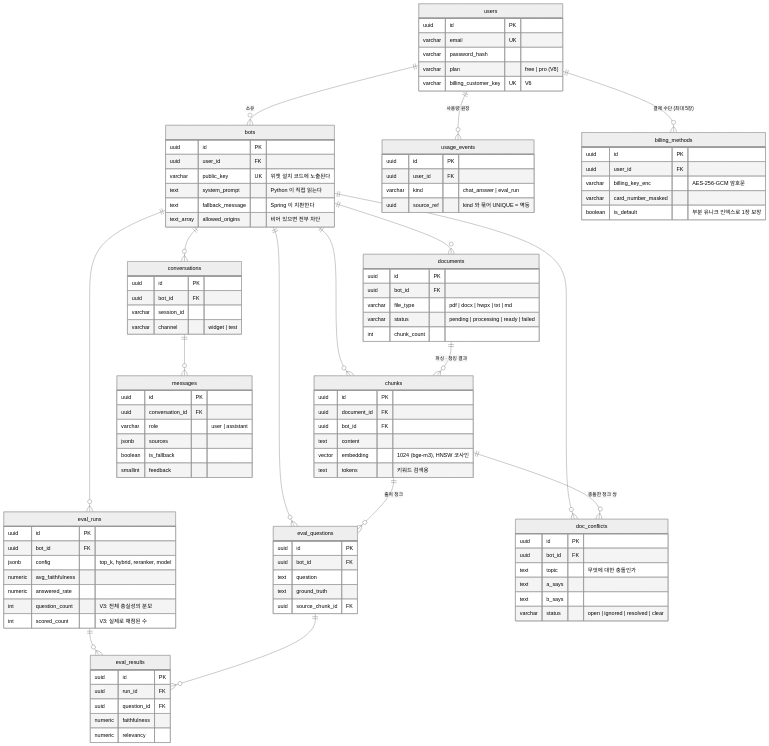
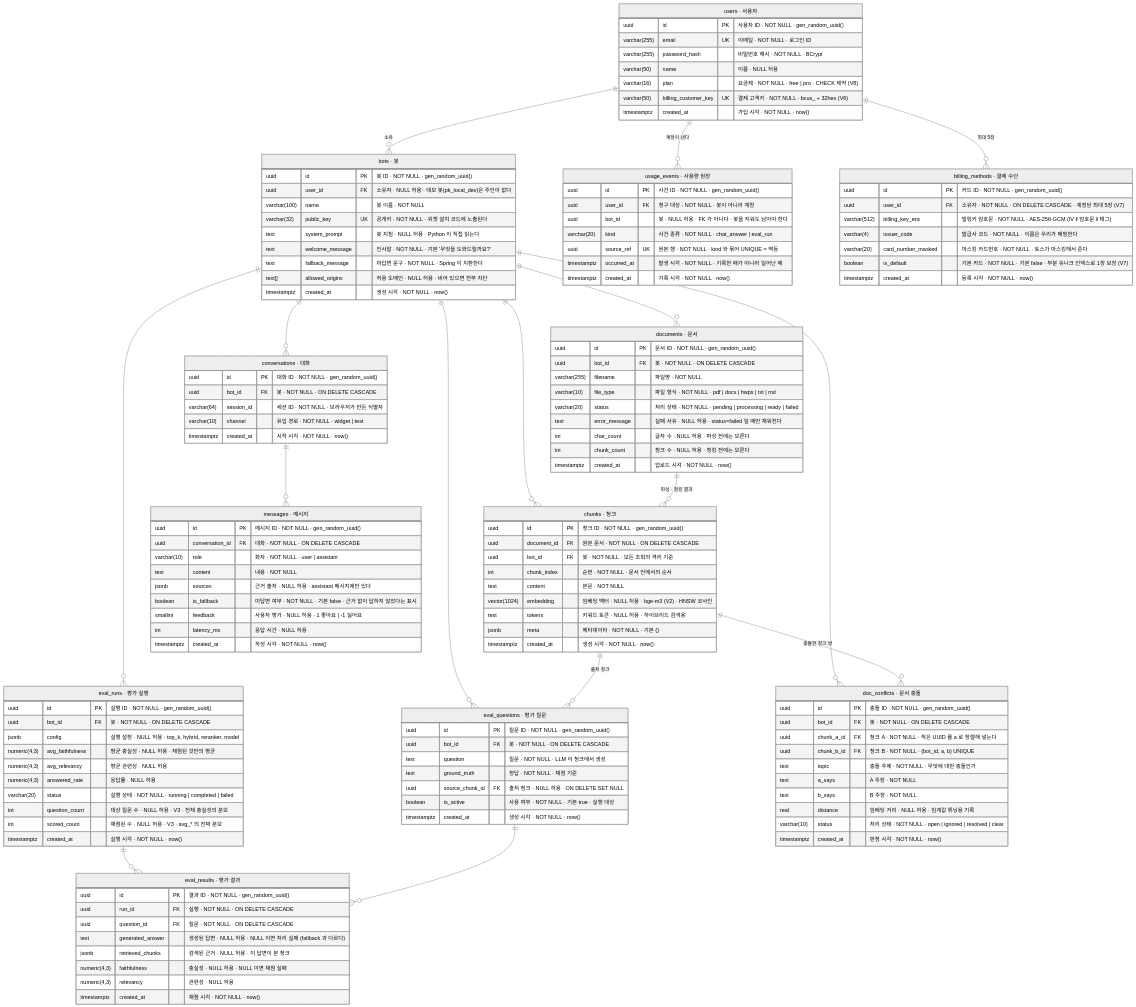
The diagram in docs/images/erd.mmd (storyrago/AllDap), drawn with Mermaid (neutral theme) before and after one commit. The commit also changed 2 other files, not shown here.

Commit message:
docs: ERD 를 전 컬럼으로 다시 그리고 읽는 법을 덧붙인다
Flyway V1~V8 에 실제로 들어 있는 전 컬럼을 ERD 에 담고,
각 행이 "타입 · 컬럼명 · 키 · 설명" 순이라는 것을 README 에 적었다.

Claude-Session: https://claude.ai/code/session_01JDB22k6bovYwzBrf7n7J2b

```diff
--- a/docs/images/erd.mmd
+++ b/docs/images/erd.mmd
@@ -1,105 +1,138 @@
 erDiagram
-    users ||--o{ bots : "소유"
-    users ||--o{ usage_events : "사용량 원장"
-    users ||--o{ billing_methods : "결제 수단 (최대 5장)"
-    bots ||--o{ documents : ""
-    bots ||--o{ chunks : ""
-    bots ||--o{ conversations : ""
-    bots ||--o{ eval_questions : ""
-    bots ||--o{ eval_runs : ""
-    bots ||--o{ doc_conflicts : ""
-    documents ||--o{ chunks : "파싱 · 청킹 결과"
-    conversations ||--o{ messages : ""
-    chunks ||--o{ eval_questions : "출처 청크"
-    chunks ||--o{ doc_conflicts : "충돌한 청크 쌍"
-    eval_runs ||--o{ eval_results : ""
-    eval_questions ||--o{ eval_results : ""
+    "users · 사용자" ||--o{ "bots · 봇" : "소유"
+    "users · 사용자" ||--o{ "usage_events · 사용량 원장" : "계정이 낸다"
+    "users · 사용자" ||--o{ "billing_methods · 결제 수단" : "최대 5장"
+    "bots · 봇" ||--o{ "documents · 문서" : ""
+    "bots · 봇" ||--o{ "chunks · 청크" : ""
+    "bots · 봇" ||--o{ "conversations · 대화" : ""
+    "bots · 봇" ||--o{ "eval_questions · 평가 질문" : ""
+    "bots · 봇" ||--o{ "eval_runs · 평가 실행" : ""
+    "bots · 봇" ||--o{ "doc_conflicts · 문서 충돌" : ""
+    "documents · 문서" ||--o{ "chunks · 청크" : "파싱 · 청킹 결과"
+    "conversations · 대화" ||--o{ "messages · 메시지" : ""
+    "chunks · 청크" ||--o{ "eval_questions · 평가 질문" : "출처 청크"
+    "chunks · 청크" ||--o{ "doc_conflicts · 문서 충돌" : "충돌한 청크 쌍"
+    "eval_runs · 평가 실행" ||--o{ "eval_results · 평가 결과" : ""
+    "eval_questions · 평가 질문" ||--o{ "eval_results · 평가 결과" : ""
 
-    users {
-        uuid id PK
-        varchar email UK
-        varchar password_hash
-        varchar plan "free | pro (V8)"
-        varchar billing_customer_key UK "V6"
+    "users · 사용자" {
+        uuid id PK "사용자 ID · NOT NULL · gen_random_uuid()"
+        varchar(255) email UK "이메일 · NOT NULL · 로그인 ID"
+        varchar(255) password_hash "비밀번호 해시 · NOT NULL · BCrypt"
+        varchar(50) name "이름 · NULL 허용"
+        varchar(16) plan "요금제 · NOT NULL · free | pro · CHECK 제약 (V8)"
+        varchar(50) billing_customer_key UK "결제 고객키 · NOT NULL · bcus_ + 32hex (V6)"
+        timestamptz created_at "가입 시각 · NOT NULL · now()"
     }
-    bots {
-        uuid id PK
-        uuid user_id FK
-        varchar public_key UK "위젯 설치 코드에 노출된다"
-        text system_prompt "Python 이 직접 읽는다"
-        text fallback_message "Spring 이 치환한다"
-        text_array allowed_origins "비어 있으면 전부 차단"
+    "bots · 봇" {
+        uuid id PK "봇 ID · NOT NULL · gen_random_uuid()"
+        uuid user_id FK "소유자 · NULL 허용 · 데모 봇(pk_local_dev)은 주인이 없다"
+        varchar(100) name "봇 이름 · NOT NULL"
+        varchar(32) public_key UK "공개키 · NOT NULL · 위젯 설치 코드에 노출된다"
+        text system_prompt "봇 지침 · NULL 허용 · Python 이 직접 읽는다"
+        text welcome_message "인사말 · NOT NULL · 기본 '무엇을 도와드릴까요?'"
+        text fallback_message "미답변 문구 · NOT NULL · Spring 이 치환한다"
+        text[] allowed_origins "허용 도메인 · NULL 허용 · 비어 있으면 전부 차단"
+        timestamptz created_at "생성 시각 · NOT NULL · now()"
     }
-    documents {
-        uuid id PK
-        uuid bot_id FK
-        varchar file_type "pdf | docx | hwpx | txt | md"
-        varchar status "pending | processing | ready | failed"
-        int chunk_count
+    "documents · 문서" {
+        uuid id PK "문서 ID · NOT NULL · gen_random_uuid()"
+        uuid bot_id FK "봇 · NOT NULL · ON DELETE CASCADE"
+        varchar(255) filename "파일명 · NOT NULL"
+        varchar(10) file_type "파일 형식 · NOT NULL · pdf | docx | hwpx | txt | md"
+        varchar(20) status "처리 상태 · NOT NULL · pending | processing | ready | failed"
+        text error_message "실패 사유 · NULL 허용 · status=failed 일 때만 채워진다"
+        int char_count "글자 수 · NULL 허용 · 파싱 전에는 모른다"
+        int chunk_count "청크 수 · NULL 허용 · 청킹 전에는 모른다"
+        timestamptz created_at "업로드 시각 · NOT NULL · now()"
     }
-    chunks {
-        uuid id PK
-        uuid document_id FK
-        uuid bot_id FK
-        text content
-        vector embedding "1024 (bge-m3), HNSW 코사인"
-        text tokens "키워드 검색용"
+    "chunks · 청크" {
+        uuid id PK "청크 ID · NOT NULL · gen_random_uuid()"
+        uuid document_id FK "원본 문서 · NOT NULL · ON DELETE CASCADE"
+        uuid bot_id FK "봇 · NOT NULL · 모든 조회의 격리 기준"
+        int chunk_index "순번 · NOT NULL · 문서 안에서의 순서"
+        text content "본문 · NOT NULL"
+        vector(1024) embedding "임베딩 벡터 · NULL 허용 · bge-m3 (V2) · HNSW 코사인"
+        text tokens "키워드 토큰 · NULL 허용 · 하이브리드 검색용"
+        jsonb meta "메타데이터 · NOT NULL · 기본 {}"
+        timestamptz created_at "생성 시각 · NOT NULL · now()"
     }
-    conversations {
-        uuid id PK
-        uuid bot_id FK
-        varchar session_id
-        varchar channel "widget | test"
+    "conversations · 대화" {
+        uuid id PK "대화 ID · NOT NULL · gen_random_uuid()"
+        uuid bot_id FK "봇 · NOT NULL · ON DELETE CASCADE"
+        varchar(64) session_id "세션 ID · NOT NULL · 브라우저가 만든 식별자"
+        varchar(10) channel "유입 경로 · NOT NULL · widget | test"
+        timestamptz created_at "시작 시각 · NOT NULL · now()"
     }
-    messages {
-        uuid id PK
-        uuid conversation_id FK
-        varchar role "user | assistant"
-        jsonb sources
-        boolean is_fallback
-        smallint feedback
+    "messages · 메시지" {
+        uuid id PK "메시지 ID · NOT NULL · gen_random_uuid()"
+        uuid conversation_id FK "대화 · NOT NULL · ON DELETE CASCADE"
+        varchar(10) role "화자 · NOT NULL · user | assistant"
+        text content "내용 · NOT NULL"
+        jsonb sources "근거 출처 · NULL 허용 · assistant 메시지에만 있다"
+        boolean is_fallback "미답변 여부 · NOT NULL · 기본 false · 근거 없이 답하지 않았다는 표시"
+        smallint feedback "사용자 평가 · NULL 허용 · 1 좋아요 | -1 싫어요"
+        int latency_ms "응답 시간 · NULL 허용"
+        timestamptz created_at "작성 시각 · NOT NULL · now()"
     }
-    eval_questions {
-        uuid id PK
-        uuid bot_id FK
-        text question
-        text ground_truth
-        uuid source_chunk_id FK
+    "eval_questions · 평가 질문" {
+        uuid id PK "질문 ID · NOT NULL · gen_random_uuid()"
+        uuid bot_id FK "봇 · NOT NULL · ON DELETE CASCADE"
+        text question "질문 · NOT NULL · LLM 이 청크에서 생성"
+        text ground_truth "정답 · NOT NULL · 채점 기준"
+        uuid source_chunk_id FK "출처 청크 · NULL 허용 · ON DELETE SET NULL"
+        boolean is_active "사용 여부 · NOT NULL · 기본 true · 실행 대상"
+        timestamptz created_at "생성 시각 · NOT NULL · now()"
     }
-    eval_runs {
-        uuid id PK
-        uuid bot_id FK
-        jsonb config "top_k, hybrid, reranker, model"
-        numeric avg_faithfulness
-        numeric answered_rate
-        int question_count "V3: 전체 충실성의 분모"
-        int scored_count "V3: 실제로 채점된 수"
+    "eval_runs · 평가 실행" {
+        uuid id PK "실행 ID · NOT NULL · gen_random_uuid()"
+        uuid bot_id FK "봇 · NOT NULL · ON DELETE CASCADE"
+        jsonb config "실행 설정 · NULL 허용 · top_k, hybrid, reranker, model"
+        numeric(4,3) avg_faithfulness "평균 충실성 · NULL 허용 · 채점된 것만의 평균"
+        numeric(4,3) avg_relevancy "평균 관련성 · NULL 허용"
+        numeric(4,3) answered_rate "응답률 · NULL 허용"
+        varchar(20) status "실행 상태 · NOT NULL · running | completed | failed"
+        int question_count "대상 질문 수 · NULL 허용 · V3 · 전체 충실성의 분모"
+        int scored_count "채점된 수 · NULL 허용 · V3 · avg_* 의 진짜 분모"
+        timestamptz created_at "실행 시각 · NOT NULL · now()"
     }
-    eval_results {
-        uuid id PK
-        uuid run_id FK
-        uuid question_id FK
-        numeric faithfulness
-        numeric relevancy
+    "eval_results · 평가 결과" {
+        uuid id PK "결과 ID · NOT NULL · gen_random_uuid()"
+        uuid run_id FK "실행 · NOT NULL · ON DELETE CASCADE"
+        uuid question_id FK "질문 · NOT NULL · ON DELETE CASCADE"
+        text generated_answer "생성된 답변 · NULL 허용 · NULL 이면 처리 실패 (fallback 과 다르다)"
+        jsonb retrieved_chunks "검색된 근거 · NULL 허용 · 이 답변이 본 청크"
+        numeric(4,3) faithfulness "충실성 · NULL 허용 · NULL 이면 채점 실패"
+        numeric(4,3) relevancy "관련성 · NULL 허용"
+        timestamptz created_at "채점 시각 · NOT NULL · now()"
     }
-    doc_conflicts {
-        uuid id PK
-        uuid bot_id FK
-        text topic "무엇에 대한 충돌인가"
-        text a_says
-        text b_says
-        varchar status "open | ignored | resolved | clear"
+    "doc_conflicts · 문서 충돌" {
+        uuid id PK "충돌 ID · NOT NULL · gen_random_uuid()"
+        uuid bot_id FK "봇 · NOT NULL · ON DELETE CASCADE"
+        uuid chunk_a_id FK "청크 A · NOT NULL · 작은 UUID 를 a 로 정렬해 넣는다"
+        uuid chunk_b_id FK "청크 B · NOT NULL · (bot_id, a, b) UNIQUE"
+        text topic "충돌 주제 · NOT NULL · 무엇에 대한 충돌인가"
+        text a_says "A 주장 · NOT NULL"
+        text b_says "B 주장 · NOT NULL"
+        real distance "임베딩 거리 · NULL 허용 · 임계값 튜닝용 기록"
+        varchar(10) status "처리 상태 · NOT NULL · open | ignored | resolved | clear"
+        timestamptz created_at "판정 시각 · NOT NULL · now()"
     }
-    usage_events {
-        uuid id PK
-        uuid user_id FK
-        varchar kind "chat_answer | eval_run"
-        uuid source_ref "kind 와 묶어 UNIQUE = 멱등"
+    "usage_events · 사용량 원장" {
+        uuid id PK "사건 ID · NOT NULL · gen_random_uuid()"
+        uuid user_id FK "청구 대상 · NOT NULL · 봇이 아니라 계정"
+        uuid bot_id "봇 · NULL 허용 · FK 가 아니다 · 봇을 지워도 남아야 한다"
+        varchar(20) kind "사건 종류 · NOT NULL · chat_answer | eval_run"
+        uuid source_ref UK "원본 행 · NOT NULL · kind 와 묶어 UNIQUE = 멱등"
+        timestamptz occurred_at "발생 시각 · NOT NULL · 기록한 때가 아니라 일어난 때"
+        timestamptz created_at "기록 시각 · NOT NULL · now()"
     }
-    billing_methods {
-        uuid id PK
-        uuid user_id FK
-        varchar billing_key_enc "AES-256-GCM 암호문"
-        varchar card_number_masked
-        boolean is_default "부분 유니크 인덱스로 1장 보장"
+    "billing_methods · 결제 수단" {
+        uuid id PK "카드 ID · NOT NULL · gen_random_uuid()"
+        uuid user_id FK "소유자 · NOT NULL · ON DELETE CASCADE · 계정당 최대 5장 (V7)"
+        varchar(512) billing_key_enc "빌링키 암호문 · NOT NULL · AES-256-GCM (IV ‖ 암호문 ‖ 태그)"
+        varchar(4) issuer_code "발급사 코드 · NOT NULL · 이름은 우리가 매핑한다"
+        varchar(20) card_number_masked "마스킹 카드번호 · NOT NULL · 토스가 마스킹해서 준다"
+        boolean is_default "기본 카드 · NOT NULL · 기본 false · 부분 유니크 인덱스로 1장 보장 (V7)"
+        timestamptz created_at "등록 시각 · NOT NULL · now()"
     }
```
